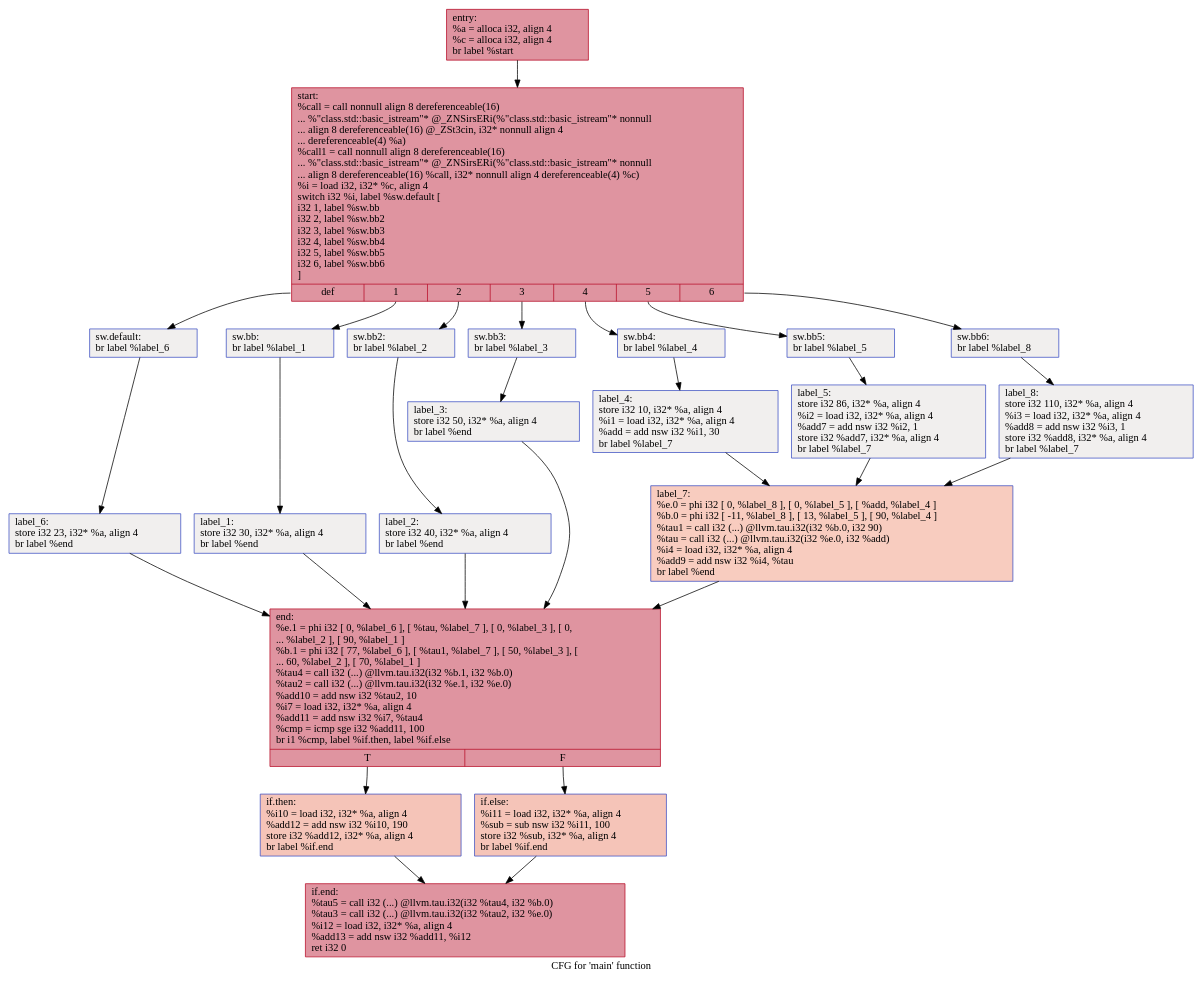
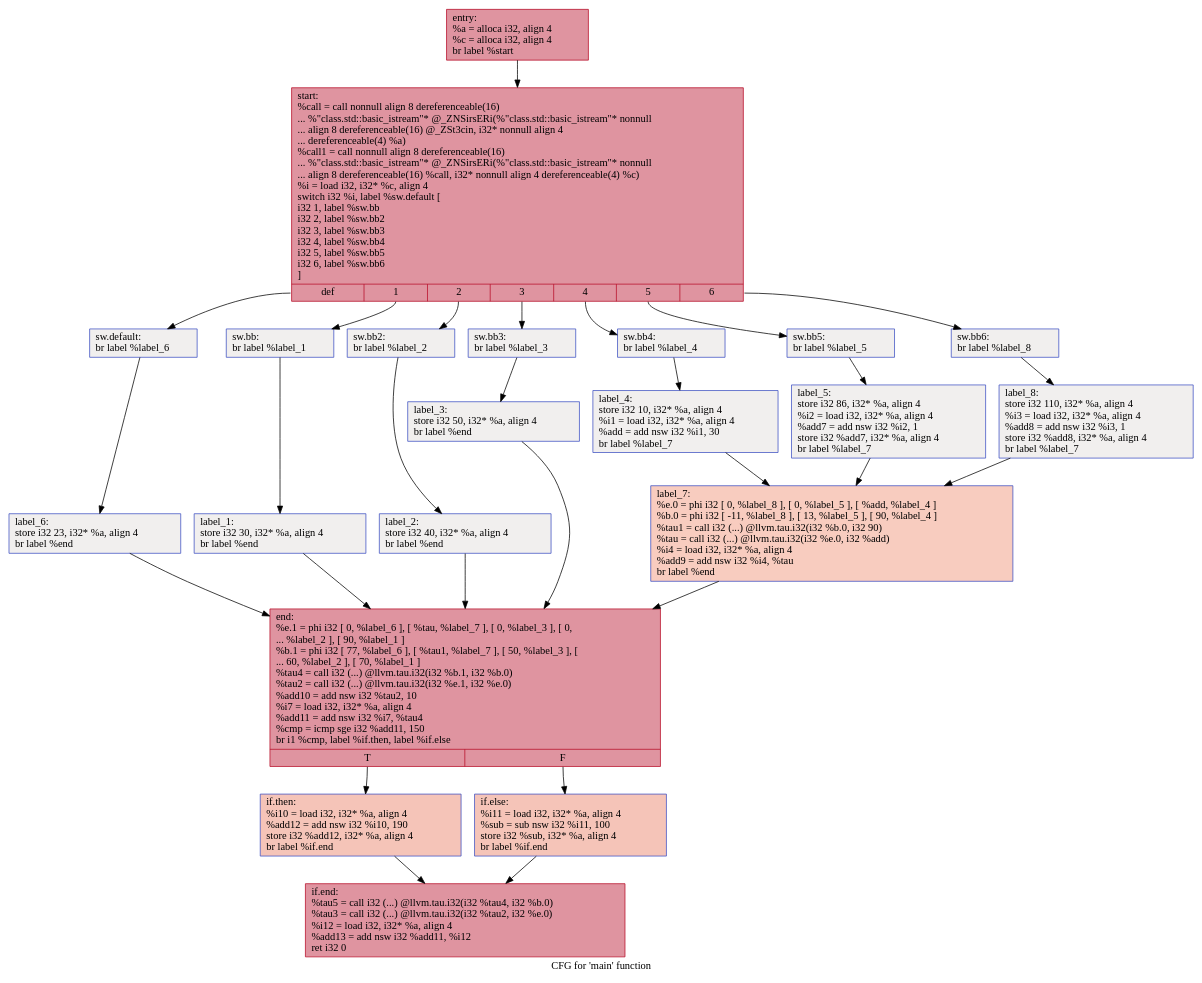
The diagram in IR/cfg/afterHPSSA.dot (HPSSA-LLVM/HPSSA-LLVM), drawn with Graphviz before and after one commit. The commit also changed 16 other files, not shown here.

```diff
--- a/IR/cfg/afterHPSSA.dot
+++ b/IR/cfg/afterHPSSA.dot
@@ -1,52 +1,52 @@
 digraph "CFG for 'main' function" {
 	label="CFG for 'main' function";
 
-	Node0x56179c7836d0 [shape=record,color="#b70d28ff", style=filled, fillcolor="#b70d2870",label="{entry:\l  %a = alloca i32, align 4\l  %c = alloca i32, align 4\l  br label %start\l}"];
-	Node0x56179c7836d0 -> Node0x56179c783920;
-	Node0x56179c783920 [shape=record,color="#b70d28ff", style=filled, fillcolor="#b70d2870",label="{start:                                            \l  %call = call nonnull align 8 dereferenceable(16)\l... %\"class.std::basic_istream\"* @_ZNSirsERi(%\"class.std::basic_istream\"* nonnull\l... align 8 dereferenceable(16) @_ZSt3cin, i32* nonnull align 4\l... dereferenceable(4) %a)\l  %call1 = call nonnull align 8 dereferenceable(16)\l... %\"class.std::basic_istream\"* @_ZNSirsERi(%\"class.std::basic_istream\"* nonnull\l... align 8 dereferenceable(16) %call, i32* nonnull align 4 dereferenceable(4) %c)\l  %i = load i32, i32* %c, align 4\l  switch i32 %i, label %sw.default [\l    i32 1, label %sw.bb\l    i32 2, label %sw.bb2\l    i32 3, label %sw.bb3\l    i32 4, label %sw.bb4\l    i32 5, label %sw.bb5\l    i32 6, label %sw.bb6\l  ]\l|{<s0>def|<s1>1|<s2>2|<s3>3|<s4>4|<s5>5|<s6>6}}"];
-	Node0x56179c783920:s0 -> Node0x56179c783db0;
-	Node0x56179c783920:s1 -> Node0x56179c783e90;
-	Node0x56179c783920:s2 -> Node0x56179c783f90;
-	Node0x56179c783920:s3 -> Node0x56179c784090;
-	Node0x56179c783920:s4 -> Node0x56179c784190;
-	Node0x56179c783920:s5 -> Node0x56179c784290;
-	Node0x56179c783920:s6 -> Node0x56179c784530;
-	Node0x56179c783e90 [shape=record,color="#3d50c3ff", style=filled, fillcolor="#e0dbd870",label="{sw.bb:                                            \l  br label %label_1\l}"];
-	Node0x56179c783e90 -> Node0x56179c784820;
-	Node0x56179c783f90 [shape=record,color="#3d50c3ff", style=filled, fillcolor="#e0dbd870",label="{sw.bb2:                                           \l  br label %label_2\l}"];
-	Node0x56179c783f90 -> Node0x56179c784900;
-	Node0x56179c784090 [shape=record,color="#3d50c3ff", style=filled, fillcolor="#e0dbd870",label="{sw.bb3:                                           \l  br label %label_3\l}"];
-	Node0x56179c784090 -> Node0x56179c7849e0;
-	Node0x56179c784190 [shape=record,color="#3d50c3ff", style=filled, fillcolor="#e0dbd870",label="{sw.bb4:                                           \l  br label %label_4\l}"];
-	Node0x56179c784190 -> Node0x56179c784ac0;
-	Node0x56179c784290 [shape=record,color="#3d50c3ff", style=filled, fillcolor="#e0dbd870",label="{sw.bb5:                                           \l  br label %label_5\l}"];
-	Node0x56179c784290 -> Node0x56179c784ba0;
-	Node0x56179c784530 [shape=record,color="#3d50c3ff", style=filled, fillcolor="#e0dbd870",label="{sw.bb6:                                           \l  br label %label_8\l}"];
-	Node0x56179c784530 -> Node0x56179c784c80;
-	Node0x56179c783db0 [shape=record,color="#3d50c3ff", style=filled, fillcolor="#e0dbd870",label="{sw.default:                                       \l  br label %label_6\l}"];
-	Node0x56179c783db0 -> Node0x56179c784d60;
-	Node0x56179c784820 [shape=record,color="#3d50c3ff", style=filled, fillcolor="#e0dbd870",label="{label_1:                                          \l  store i32 30, i32* %a, align 4\l  br label %end\l}"];
-	Node0x56179c784820 -> Node0x56179c784f00;
-	Node0x56179c784900 [shape=record,color="#3d50c3ff", style=filled, fillcolor="#e0dbd870",label="{label_2:                                          \l  store i32 40, i32* %a, align 4\l  br label %end\l}"];
-	Node0x56179c784900 -> Node0x56179c784f00;
-	Node0x56179c7849e0 [shape=record,color="#3d50c3ff", style=filled, fillcolor="#e0dbd870",label="{label_3:                                          \l  store i32 50, i32* %a, align 4\l  br label %end\l}"];
-	Node0x56179c7849e0 -> Node0x56179c784f00;
-	Node0x56179c784ac0 [shape=record,color="#3d50c3ff", style=filled, fillcolor="#e0dbd870",label="{label_4:                                          \l  store i32 10, i32* %a, align 4\l  %i1 = load i32, i32* %a, align 4\l  %add = add nsw i32 %i1, 30\l  br label %label_7\l}"];
-	Node0x56179c784ac0 -> Node0x56179c785440;
-	Node0x56179c784ba0 [shape=record,color="#3d50c3ff", style=filled, fillcolor="#e0dbd870",label="{label_5:                                          \l  store i32 86, i32* %a, align 4\l  %i2 = load i32, i32* %a, align 4\l  %add7 = add nsw i32 %i2, 1\l  store i32 %add7, i32* %a, align 4\l  br label %label_7\l}"];
-	Node0x56179c784ba0 -> Node0x56179c785440;
-	Node0x56179c784c80 [shape=record,color="#3d50c3ff", style=filled, fillcolor="#e0dbd870",label="{label_8:                                          \l  store i32 110, i32* %a, align 4\l  %i3 = load i32, i32* %a, align 4\l  %add8 = add nsw i32 %i3, 1\l  store i32 %add8, i32* %a, align 4\l  br label %label_7\l}"];
-	Node0x56179c784c80 -> Node0x56179c785440;
-	Node0x56179c785440 [shape=record,color="#3d50c3ff", style=filled, fillcolor="#f08b6e70",label="{label_7:                                          \l  %e.0 = phi i32 [ 0, %label_8 ], [ 0, %label_5 ], [ %add, %label_4 ]\l  %b.0 = phi i32 [ -11, %label_8 ], [ 13, %label_5 ], [ 90, %label_4 ]\l  %tau1 = call i32 (...) @llvm.tau.i32(i32 %b.0, i32 90)\l  %tau = call i32 (...) @llvm.tau.i32(i32 %e.0, i32 %add)\l  %i4 = load i32, i32* %a, align 4\l  %add9 = add nsw i32 %i4, %tau\l  br label %end\l}"];
-	Node0x56179c785440 -> Node0x56179c784f00;
-	Node0x56179c784d60 [shape=record,color="#3d50c3ff", style=filled, fillcolor="#e0dbd870",label="{label_6:                                          \l  store i32 23, i32* %a, align 4\l  br label %end\l}"];
-	Node0x56179c784d60 -> Node0x56179c784f00;
-	Node0x56179c784f00 [shape=record,color="#b70d28ff", style=filled, fillcolor="#b70d2870",label="{end:                                              \l  %e.1 = phi i32 [ 0, %label_6 ], [ %tau, %label_7 ], [ 0, %label_3 ], [ 0,\l... %label_2 ], [ 90, %label_1 ]\l  %b.1 = phi i32 [ 77, %label_6 ], [ %tau1, %label_7 ], [ 50, %label_3 ], [\l... 60, %label_2 ], [ 70, %label_1 ]\l  %tau4 = call i32 (...) @llvm.tau.i32(i32 %b.1, i32 %b.0)\l  %tau2 = call i32 (...) @llvm.tau.i32(i32 %e.1, i32 %e.0)\l  %add10 = add nsw i32 %tau2, 10\l  %i7 = load i32, i32* %a, align 4\l  %add11 = add nsw i32 %i7, %tau4\l  %cmp = icmp sge i32 %add11, 100\l  br i1 %cmp, label %if.then, label %if.else\l|{<s0>T|<s1>F}}"];
-	Node0x56179c784f00:s0 -> Node0x56179c787700;
-	Node0x56179c784f00:s1 -> Node0x56179c787770;
-	Node0x56179c787700 [shape=record,color="#3d50c3ff", style=filled, fillcolor="#e97a5f70",label="{if.then:                                          \l  %i10 = load i32, i32* %a, align 4\l  %add12 = add nsw i32 %i10, 190\l  store i32 %add12, i32* %a, align 4\l  br label %if.end\l}"];
-	Node0x56179c787700 -> Node0x56179c787a90;
-	Node0x56179c787770 [shape=record,color="#3d50c3ff", style=filled, fillcolor="#e97a5f70",label="{if.else:                                          \l  %i11 = load i32, i32* %a, align 4\l  %sub = sub nsw i32 %i11, 100\l  store i32 %sub, i32* %a, align 4\l  br label %if.end\l}"];
-	Node0x56179c787770 -> Node0x56179c787a90;
-	Node0x56179c787a90 [shape=record,color="#b70d28ff", style=filled, fillcolor="#b70d2870",label="{if.end:                                           \l  %tau5 = call i32 (...) @llvm.tau.i32(i32 %tau4, i32 %b.0)\l  %tau3 = call i32 (...) @llvm.tau.i32(i32 %tau2, i32 %e.0)\l  %i12 = load i32, i32* %a, align 4\l  %add13 = add nsw i32 %add11, %i12\l  ret i32 0\l}"];
+	Node0x55a23bdbc6d0 [shape=record,color="#b70d28ff", style=filled, fillcolor="#b70d2870",label="{entry:\l  %a = alloca i32, align 4\l  %c = alloca i32, align 4\l  br label %start\l}"];
+	Node0x55a23bdbc6d0 -> Node0x55a23bdbc920;
+	Node0x55a23bdbc920 [shape=record,color="#b70d28ff", style=filled, fillcolor="#b70d2870",label="{start:                                            \l  %call = call nonnull align 8 dereferenceable(16)\l... %\"class.std::basic_istream\"* @_ZNSirsERi(%\"class.std::basic_istream\"* nonnull\l... align 8 dereferenceable(16) @_ZSt3cin, i32* nonnull align 4\l... dereferenceable(4) %a)\l  %call1 = call nonnull align 8 dereferenceable(16)\l... %\"class.std::basic_istream\"* @_ZNSirsERi(%\"class.std::basic_istream\"* nonnull\l... align 8 dereferenceable(16) %call, i32* nonnull align 4 dereferenceable(4) %c)\l  %i = load i32, i32* %c, align 4\l  switch i32 %i, label %sw.default [\l    i32 1, label %sw.bb\l    i32 2, label %sw.bb2\l    i32 3, label %sw.bb3\l    i32 4, label %sw.bb4\l    i32 5, label %sw.bb5\l    i32 6, label %sw.bb6\l  ]\l|{<s0>def|<s1>1|<s2>2|<s3>3|<s4>4|<s5>5|<s6>6}}"];
+	Node0x55a23bdbc920:s0 -> Node0x55a23bdbcdb0;
+	Node0x55a23bdbc920:s1 -> Node0x55a23bdbce90;
+	Node0x55a23bdbc920:s2 -> Node0x55a23bdbcf90;
+	Node0x55a23bdbc920:s3 -> Node0x55a23bdbd090;
+	Node0x55a23bdbc920:s4 -> Node0x55a23bdbd190;
+	Node0x55a23bdbc920:s5 -> Node0x55a23bdbd290;
+	Node0x55a23bdbc920:s6 -> Node0x55a23bdbd530;
+	Node0x55a23bdbce90 [shape=record,color="#3d50c3ff", style=filled, fillcolor="#e0dbd870",label="{sw.bb:                                            \l  br label %label_1\l}"];
+	Node0x55a23bdbce90 -> Node0x55a23bdbd820;
+	Node0x55a23bdbcf90 [shape=record,color="#3d50c3ff", style=filled, fillcolor="#e0dbd870",label="{sw.bb2:                                           \l  br label %label_2\l}"];
+	Node0x55a23bdbcf90 -> Node0x55a23bdbd900;
+	Node0x55a23bdbd090 [shape=record,color="#3d50c3ff", style=filled, fillcolor="#e0dbd870",label="{sw.bb3:                                           \l  br label %label_3\l}"];
+	Node0x55a23bdbd090 -> Node0x55a23bdbd9e0;
+	Node0x55a23bdbd190 [shape=record,color="#3d50c3ff", style=filled, fillcolor="#e0dbd870",label="{sw.bb4:                                           \l  br label %label_4\l}"];
+	Node0x55a23bdbd190 -> Node0x55a23bdbdac0;
+	Node0x55a23bdbd290 [shape=record,color="#3d50c3ff", style=filled, fillcolor="#e0dbd870",label="{sw.bb5:                                           \l  br label %label_5\l}"];
+	Node0x55a23bdbd290 -> Node0x55a23bdbdba0;
+	Node0x55a23bdbd530 [shape=record,color="#3d50c3ff", style=filled, fillcolor="#e0dbd870",label="{sw.bb6:                                           \l  br label %label_8\l}"];
+	Node0x55a23bdbd530 -> Node0x55a23bdbdc80;
+	Node0x55a23bdbcdb0 [shape=record,color="#3d50c3ff", style=filled, fillcolor="#e0dbd870",label="{sw.default:                                       \l  br label %label_6\l}"];
+	Node0x55a23bdbcdb0 -> Node0x55a23bdbdd60;
+	Node0x55a23bdbd820 [shape=record,color="#3d50c3ff", style=filled, fillcolor="#e0dbd870",label="{label_1:                                          \l  store i32 30, i32* %a, align 4\l  br label %end\l}"];
+	Node0x55a23bdbd820 -> Node0x55a23bdbdf00;
+	Node0x55a23bdbd900 [shape=record,color="#3d50c3ff", style=filled, fillcolor="#e0dbd870",label="{label_2:                                          \l  store i32 40, i32* %a, align 4\l  br label %end\l}"];
+	Node0x55a23bdbd900 -> Node0x55a23bdbdf00;
+	Node0x55a23bdbd9e0 [shape=record,color="#3d50c3ff", style=filled, fillcolor="#e0dbd870",label="{label_3:                                          \l  store i32 50, i32* %a, align 4\l  br label %end\l}"];
+	Node0x55a23bdbd9e0 -> Node0x55a23bdbdf00;
+	Node0x55a23bdbdac0 [shape=record,color="#3d50c3ff", style=filled, fillcolor="#e0dbd870",label="{label_4:                                          \l  store i32 10, i32* %a, align 4\l  %i1 = load i32, i32* %a, align 4\l  %add = add nsw i32 %i1, 30\l  br label %label_7\l}"];
+	Node0x55a23bdbdac0 -> Node0x55a23bdbe440;
+	Node0x55a23bdbdba0 [shape=record,color="#3d50c3ff", style=filled, fillcolor="#e0dbd870",label="{label_5:                                          \l  store i32 86, i32* %a, align 4\l  %i2 = load i32, i32* %a, align 4\l  %add7 = add nsw i32 %i2, 1\l  store i32 %add7, i32* %a, align 4\l  br label %label_7\l}"];
+	Node0x55a23bdbdba0 -> Node0x55a23bdbe440;
+	Node0x55a23bdbdc80 [shape=record,color="#3d50c3ff", style=filled, fillcolor="#e0dbd870",label="{label_8:                                          \l  store i32 110, i32* %a, align 4\l  %i3 = load i32, i32* %a, align 4\l  %add8 = add nsw i32 %i3, 1\l  store i32 %add8, i32* %a, align 4\l  br label %label_7\l}"];
+	Node0x55a23bdbdc80 -> Node0x55a23bdbe440;
+	Node0x55a23bdbe440 [shape=record,color="#3d50c3ff", style=filled, fillcolor="#f08b6e70",label="{label_7:                                          \l  %e.0 = phi i32 [ 0, %label_8 ], [ 0, %label_5 ], [ %add, %label_4 ]\l  %b.0 = phi i32 [ -11, %label_8 ], [ 13, %label_5 ], [ 90, %label_4 ]\l  %tau1 = call i32 (...) @llvm.tau.i32(i32 %b.0, i32 90)\l  %tau = call i32 (...) @llvm.tau.i32(i32 %e.0, i32 %add)\l  %i4 = load i32, i32* %a, align 4\l  %add9 = add nsw i32 %i4, %tau\l  br label %end\l}"];
+	Node0x55a23bdbe440 -> Node0x55a23bdbdf00;
+	Node0x55a23bdbdd60 [shape=record,color="#3d50c3ff", style=filled, fillcolor="#e0dbd870",label="{label_6:                                          \l  store i32 23, i32* %a, align 4\l  br label %end\l}"];
+	Node0x55a23bdbdd60 -> Node0x55a23bdbdf00;
+	Node0x55a23bdbdf00 [shape=record,color="#b70d28ff", style=filled, fillcolor="#b70d2870",label="{end:                                              \l  %e.1 = phi i32 [ 0, %label_6 ], [ %tau, %label_7 ], [ 0, %label_3 ], [ 0,\l... %label_2 ], [ 90, %label_1 ]\l  %b.1 = phi i32 [ 77, %label_6 ], [ %tau1, %label_7 ], [ 50, %label_3 ], [\l... 60, %label_2 ], [ 70, %label_1 ]\l  %tau4 = call i32 (...) @llvm.tau.i32(i32 %b.1, i32 %b.0)\l  %tau2 = call i32 (...) @llvm.tau.i32(i32 %e.1, i32 %e.0)\l  %add10 = add nsw i32 %tau2, 10\l  %i7 = load i32, i32* %a, align 4\l  %add11 = add nsw i32 %i7, %tau4\l  %cmp = icmp sge i32 %add11, 150\l  br i1 %cmp, label %if.then, label %if.else\l|{<s0>T|<s1>F}}"];
+	Node0x55a23bdbdf00:s0 -> Node0x55a23bdc0700;
+	Node0x55a23bdbdf00:s1 -> Node0x55a23bdc0770;
+	Node0x55a23bdc0700 [shape=record,color="#3d50c3ff", style=filled, fillcolor="#e97a5f70",label="{if.then:                                          \l  %i10 = load i32, i32* %a, align 4\l  %add12 = add nsw i32 %i10, 190\l  store i32 %add12, i32* %a, align 4\l  br label %if.end\l}"];
+	Node0x55a23bdc0700 -> Node0x55a23bdc0a90;
+	Node0x55a23bdc0770 [shape=record,color="#3d50c3ff", style=filled, fillcolor="#e97a5f70",label="{if.else:                                          \l  %i11 = load i32, i32* %a, align 4\l  %sub = sub nsw i32 %i11, 100\l  store i32 %sub, i32* %a, align 4\l  br label %if.end\l}"];
+	Node0x55a23bdc0770 -> Node0x55a23bdc0a90;
+	Node0x55a23bdc0a90 [shape=record,color="#b70d28ff", style=filled, fillcolor="#b70d2870",label="{if.end:                                           \l  %tau5 = call i32 (...) @llvm.tau.i32(i32 %tau4, i32 %b.0)\l  %tau3 = call i32 (...) @llvm.tau.i32(i32 %tau2, i32 %e.0)\l  %i12 = load i32, i32* %a, align 4\l  %add13 = add nsw i32 %add11, %i12\l  ret i32 0\l}"];
 }
```
